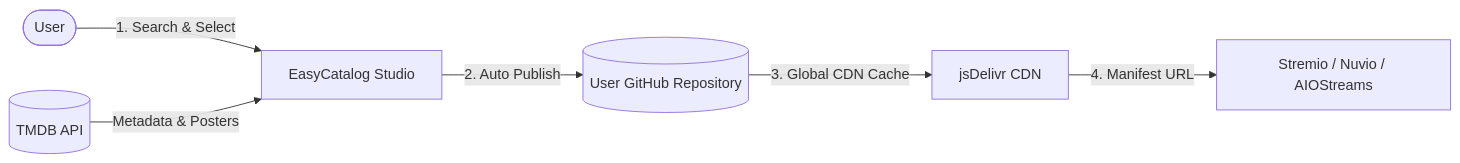
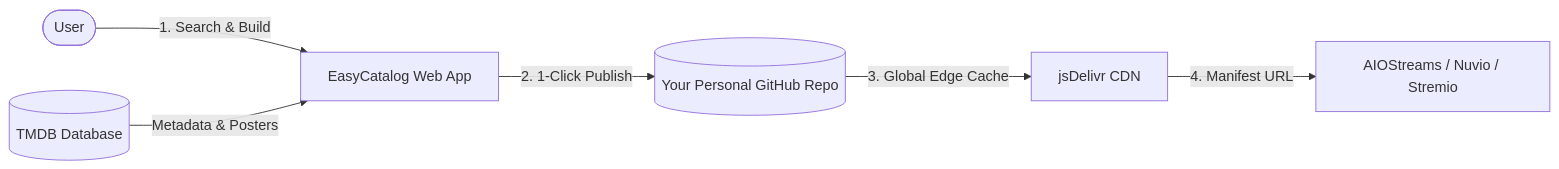
One commit to Wayku-io/EasyCatalog changed the diagram in README.md. Above: the diagram before and after it, drawn with Mermaid. The commit also changed other lines of this file and 1 other file, not shown here.

Commit message:
docs: present EasyCatalog as an end-user web service without self-hosting guides

````diff
--- a/README.md
+++ b/README.md
@@ -60,8 +86,8 @@
 ```mermaid
 graph LR
-    User([User]) -->|1. Search & Select| App[EasyCatalog Studio]
-    TMDB[(TMDB API)] -->|Metadata & Posters| App
-    App -->|2. Auto Publish| GitHub[(User GitHub Repository)]
-    GitHub -->|3. Global CDN Cache| jsDelivr[jsDelivr CDN]
-    jsDelivr -->|4. Manifest URL| Stremio[Stremio / Nuvio / AIOStreams]
+    User([User]) -->|1. Search & Build| App[EasyCatalog Web App]
+    TMDB[(TMDB Database)] -->|Metadata & Posters| App
+    App -->|2. 1-Click Publish| GitHub[(Your Personal GitHub Repo)]
+    GitHub -->|3. Global Edge Cache| jsDelivr[jsDelivr CDN]
+    jsDelivr -->|4. Manifest URL| Player[AIOStreams / Nuvio / Stremio]
 ```
````
